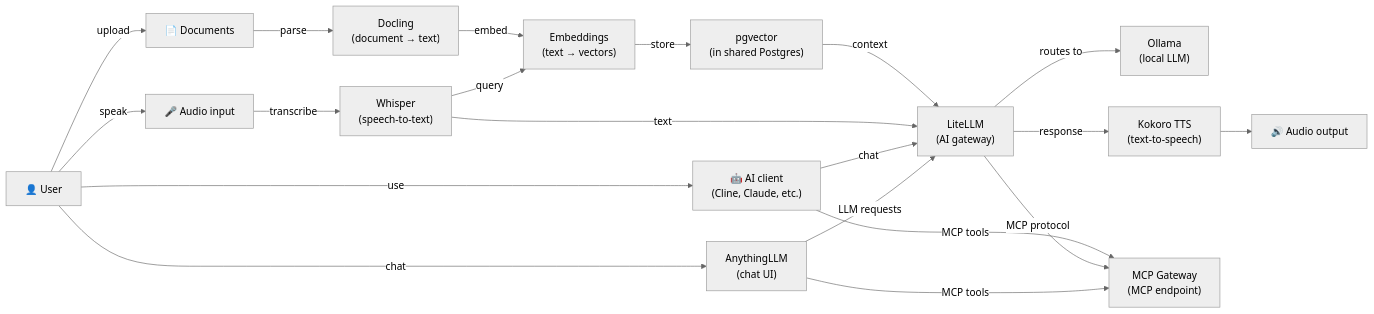
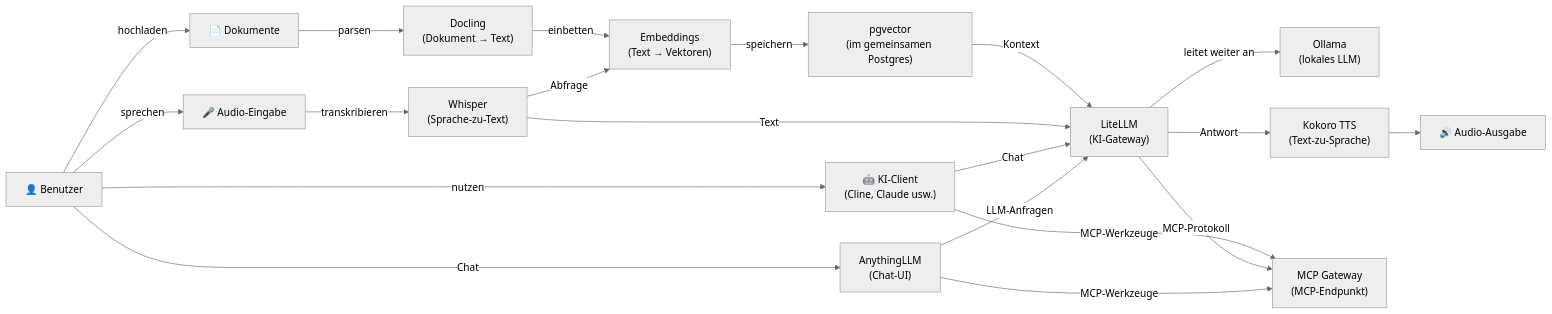
Before and after one commit to derBerliner1983/self-hosted-llm-stack: the diagram in README.md, drawn with Mermaid (neutral theme). The commit also changed other lines of this file and 2 other files, not shown here.

````diff
--- a/README.md
+++ b/README.md
@@ -178,22 +178,22 @@
 ```mermaid
 graph LR
-    A["🎤 Audio input"] -->|transcribe| W["Whisper<br/>(speech-to-text)"]
-    D["📄 Documents"] -->|parse| DC["Docling<br/>(document → text)"]
-    DC -->|embed| E["Embeddings<br/>(text → vectors)"]
-    E -->|store| VDB["pgvector<br/>(in shared Postgres)"]
-    W -->|query| E
-    VDB -->|context| L["LiteLLM<br/>(AI gateway)"]
-    W -->|text| L
-    L -->|routes to| O["Ollama<br/>(local LLM)"]
-    L -->|response| T["Kokoro TTS<br/>(text-to-speech)"]
-    T --> B["🔊 Audio output"]
-    C["🤖 AI client<br/>(Cline, Claude, etc.)"] -->|MCP tools| M["MCP Gateway<br/>(MCP endpoint)"]
-    C -->|chat| L
-    L -->|MCP protocol| M
-    U["👤 User"] -->|chat| AN["AnythingLLM<br/>(chat UI)"]
-    AN -->|LLM requests| L
-    AN -->|MCP tools| M
-    U -->|use| C
-    U -->|speak| A
-    U -->|upload| D
+    A["🎤 Audio-Eingabe"] -->|transkribieren| W["Whisper<br/>(Sprache-zu-Text)"]
+    D["📄 Dokumente"] -->|parsen| DC["Docling<br/>(Dokument → Text)"]
+    DC -->|einbetten| E["Embeddings<br/>(Text → Vektoren)"]
+    E -->|speichern| VDB["pgvector<br/>(im gemeinsamen Postgres)"]
+    W -->|Abfrage| E
+    VDB -->|Kontext| L["LiteLLM<br/>(KI-Gateway)"]
+    W -->|Text| L
+    L -->|leitet weiter an| O["Ollama<br/>(lokales LLM)"]
+    L -->|Antwort| T["Kokoro TTS<br/>(Text-zu-Sprache)"]
+    T --> B["🔊 Audio-Ausgabe"]
+    C["🤖 KI-Client<br/>(Cline, Claude usw.)"] -->|MCP-Werkzeuge| M["MCP Gateway<br/>(MCP-Endpunkt)"]
+    C -->|Chat| L
+    L -->|MCP-Protokoll| M
+    U["👤 Benutzer"] -->|Chat| AN["AnythingLLM<br/>(Chat-UI)"]
+    AN -->|LLM-Anfragen| L
+    AN -->|MCP-Werkzeuge| M
+    U -->|nutzen| C
+    U -->|sprechen| A
+    U -->|hochladen| D
 ```
````
